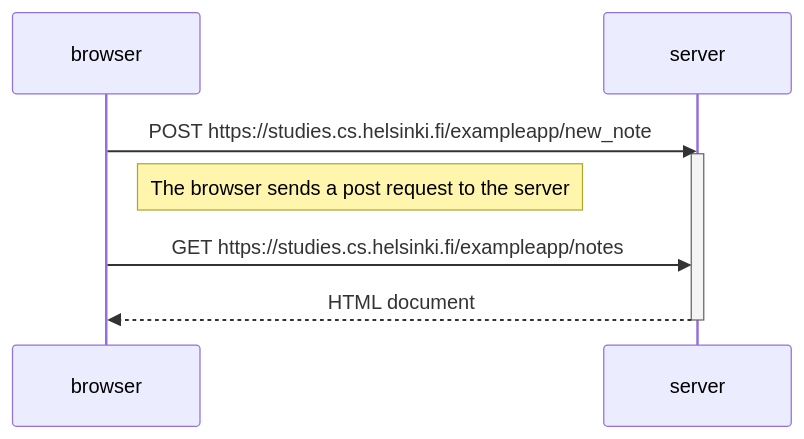
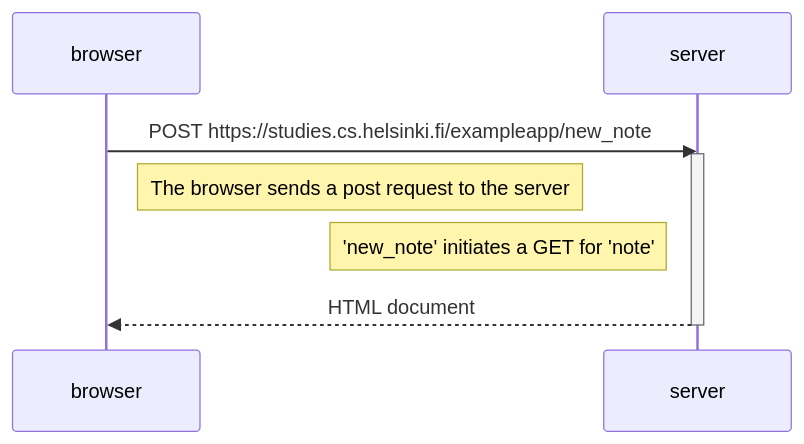
One commit to omenakas/FullStackOpen changed the diagram in osa0/new_note.md. Above: the diagram before and after it, drawn with Mermaid.

Commit message:
getting there

````diff
--- a/osa0/new_note.md
+++ b/osa0/new_note.md
@@ -1,12 +1,13 @@
 ```mermaid
 sequenceDiagram
 	browser->>server: POST https://studies.cs.helsinki.fi/exampleapp/new_note
 	activate server
 
 	Note right of browser: The browser sends a post request to the server
 
-	browser->>server: GET https://studies.cs.helsinki.fi/exampleapp/notes
+	Note left of server: 'new_note' initiates a GET for 'note'	
+
 	server-->>browser: HTML document
 	deactivate server
 
 ```
````
